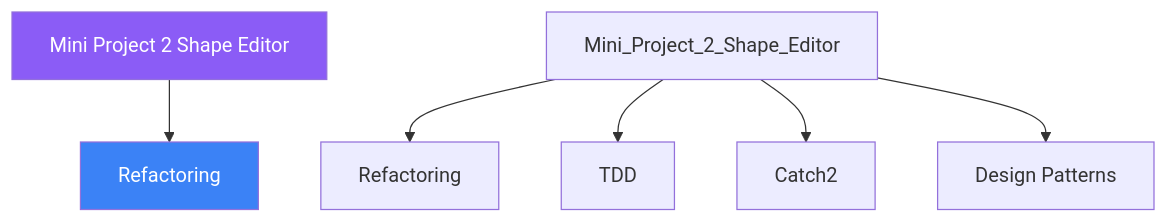
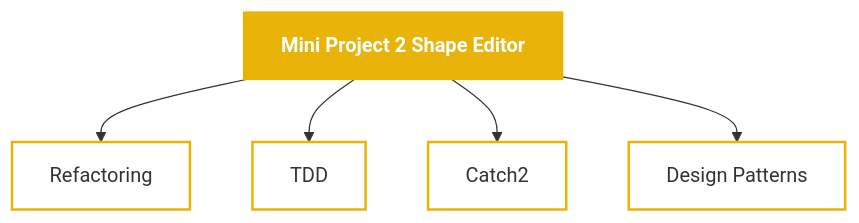
One commit to AI-Maddy/Learn-Modern-CPP-OOP-30-Days changed the diagram in mkdocs-site/docs/days/day-25/02-definition.md. Above: the diagram before and after it, drawn with Mermaid. The commit also changed 99 other files, not shown here.

````diff
--- a/mkdocs-site/docs/days/day-25/02-definition.md
+++ b/mkdocs-site/docs/days/day-25/02-definition.md
@@ -138,10 +138,12 @@
 ```mermaid
 graph TD
-    ROOT["Mini Project 2 Shape Editor"] --> A["Refactoring"]
-    Mini_Project_2_Shape_Editor --> Refactoring["Refactoring"]
-    Mini_Project_2_Shape_Editor --> TDD["TDD"]
-    Mini_Project_2_Shape_Editor --> Catch2["Catch2"]
-    Mini_Project_2_Shape_Editor --> Design_Patterns["Design Patterns"]
-    style ROOT fill:#8b5cf6,color:#fff
-    style A    fill:#3b82f6,color:#fff
+    ROOT["Mini Project 2 Shape Editor"]
+    ROOT --> n0["Refactoring"]
+    ROOT --> n1["TDD"]
+    ROOT --> n2["Catch2"]
+    ROOT --> n3["Design Patterns"]
+    classDef topic fill:#eab308,stroke:#eab308,color:#ffffff,font-weight:bold
+    classDef concept fill:transparent,stroke:#eab308,stroke-width:2px
+    class ROOT topic
+    class n0,n1,n2,n3 concept
 ```
````
